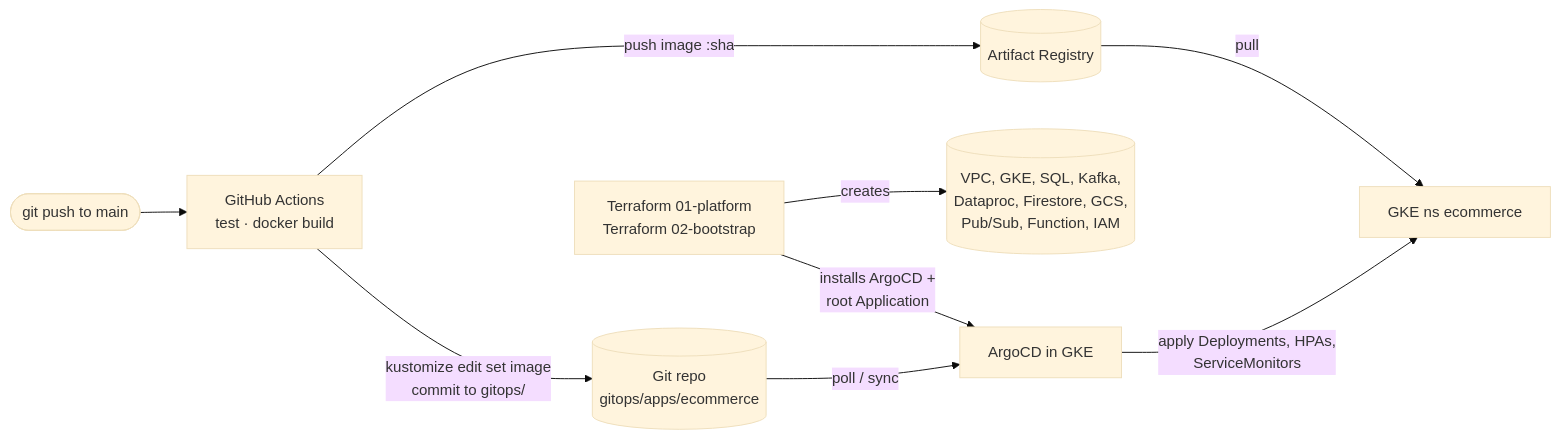
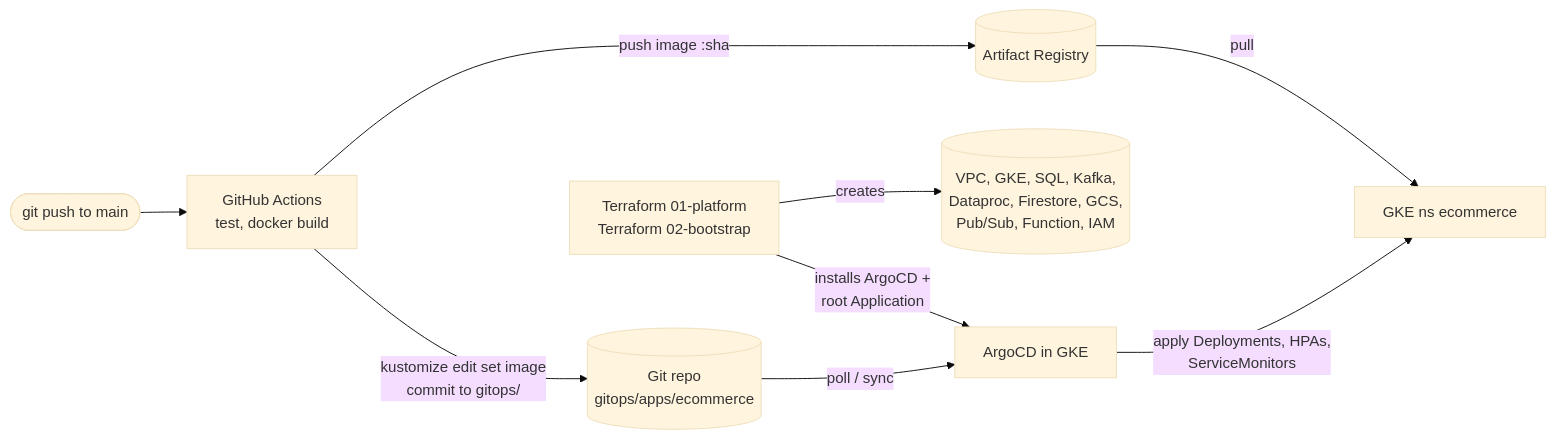
One commit to anshcode1911-cmd/shopsphere changed the diagram in docs/diagrams/04-gitops.mmd. Above: the diagram before and after it, drawn with Mermaid (base theme). The commit also changed 11 other files, not shown here.

```diff
--- a/docs/diagrams/04-gitops.mmd
+++ b/docs/diagrams/04-gitops.mmd
@@ -1,9 +1,9 @@
 flowchart LR
-  dev([git push to main]) --> gha[GitHub Actions<br/>test · docker build]
+  dev([git push to main]) --> gha[GitHub Actions<br/>test, docker build]
   gha -->|push image :sha| ar[(Artifact Registry)]
   gha -->|kustomize edit set image<br/>commit to gitops/| repo[(Git repo<br/>gitops/apps/ecommerce)]
   repo -->|poll / sync| argo[ArgoCD in GKE]
   argo -->|apply Deployments, HPAs,<br/>ServiceMonitors| gke[GKE ns ecommerce]
   ar -->|pull| gke
   tf[Terraform 01-platform<br/>Terraform 02-bootstrap] -->|creates| infra[(VPC, GKE, SQL, Kafka,<br/>Dataproc, Firestore, GCS,<br/>Pub/Sub, Function, IAM)]
   tf -->|installs ArgoCD +<br/>root Application| argo
```
